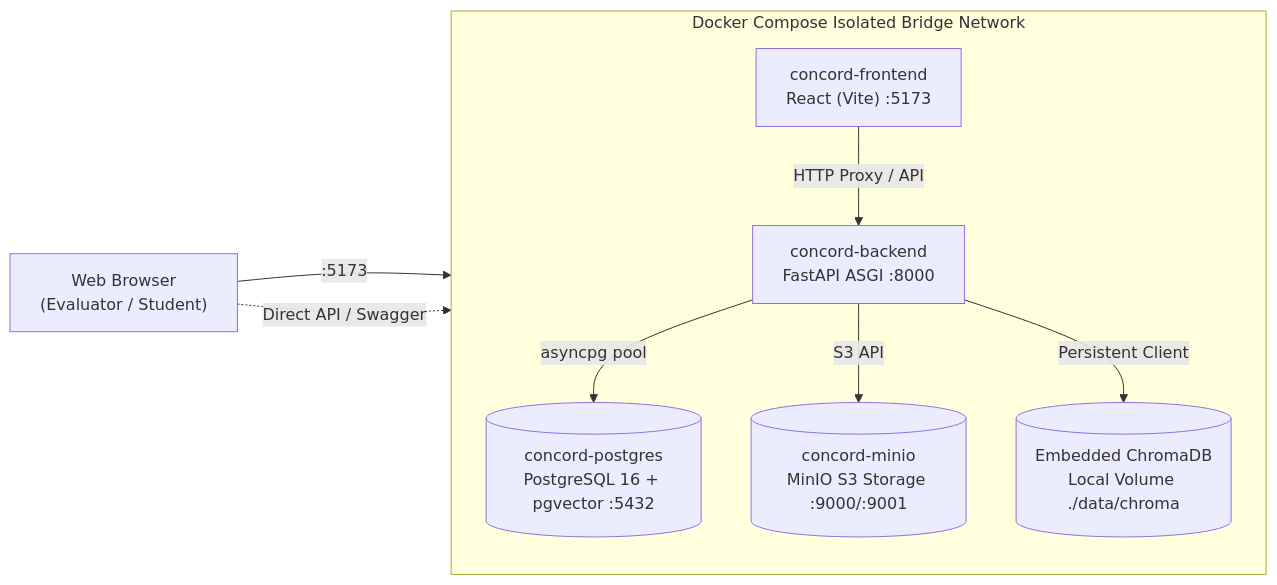
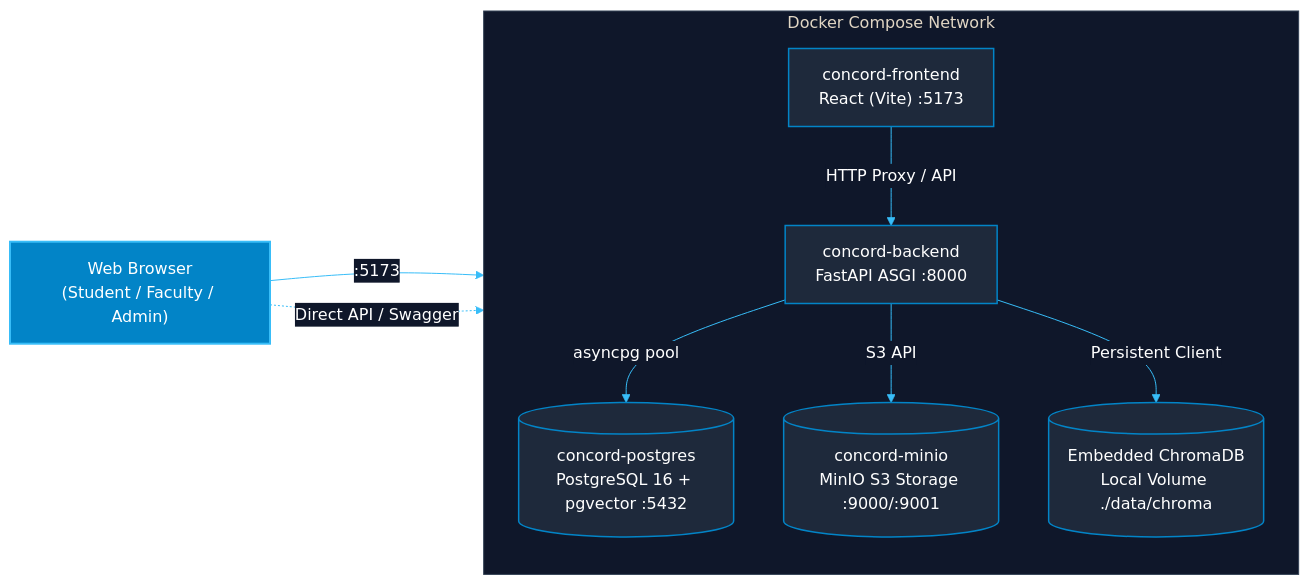
One commit to abhay-patil-cse27/concord-ikms changed the diagram in docs/INFRASTRUCTURE_AND_UI.md. Above: the diagram before and after it, drawn with Mermaid. The commit also changed 7 other files, not shown here.

Commit message:
docs: standardize high-contrast mermaid diagrams for github light/dark mode, clean readme table, and fix benchmark caching

````diff
--- a/docs/INFRASTRUCTURE_AND_UI.md
+++ b/docs/INFRASTRUCTURE_AND_UI.md
@@ -22,19 +22,24 @@
 ```mermaid
+%%{init: {'theme': 'base', 'themeVariables': { 'primaryColor': '#0284c7', 'primaryTextColor': '#ffffff', 'primaryBorderColor': '#0369a1', 'lineColor': '#38bdf8', 'secondaryColor': '#0f172a', 'tertiaryColor': '#1e293b', 'clusterBkg': '#0f172a', 'clusterBorder': '#334155', 'fontFamily': 'Inter, sans-serif'}}}%%
 graph LR
-    subgraph Docker_Compose_Network ["Docker Compose Isolated Bridge Network"]
+    subgraph Docker_Compose_Network ["Docker Compose Network"]
         direction TB
-        FE_Container["concord-frontend\nReact (Vite) :5173"]
-        BE_Container["concord-backend\nFastAPI ASGI :8000"]
-        PG_Container[("concord-postgres\nPostgreSQL 16 + pgvector :5432")]
-        MinIO_Container[("concord-minio\nMinIO S3 Storage :9000/:9001")]
-        Chroma_Vol[("Embedded ChromaDB\nLocal Volume ./data/chroma")]
+        FE_Container["concord-frontend<br/>React (Vite) :5173"]
+        BE_Container["concord-backend<br/>FastAPI ASGI :8000"]
+        PG_Container[("concord-postgres<br/>PostgreSQL 16 + pgvector :5432")]
+        MinIO_Container[("concord-minio<br/>MinIO S3 Storage :9000/:9001")]
+        Chroma_Vol[("Embedded ChromaDB<br/>Local Volume ./data/chroma")]
         
         FE_Container -->|HTTP Proxy / API| BE_Container
         BE_Container -->|asyncpg pool| PG_Container
         BE_Container -->|S3 API| MinIO_Container
         BE_Container -->|Persistent Client| Chroma_Vol
     end
 
-    Browser["Web Browser\n(Evaluator / Student)"] -->|:5173| FE_Container
+    Browser["Web Browser<br/>(Student / Faculty / Admin)"] -->|:5173| FE_Container
     Browser -.->|Direct API / Swagger| BE_Container
+
+    classDef default fill:#1e293b,stroke:#0284c7,stroke-width:1.5px,color:#ffffff;
+    classDef browserClass fill:#0284c7,stroke:#38bdf8,stroke-width:2px,color:#ffffff;
+    class Browser browserClass;
 ```
````
